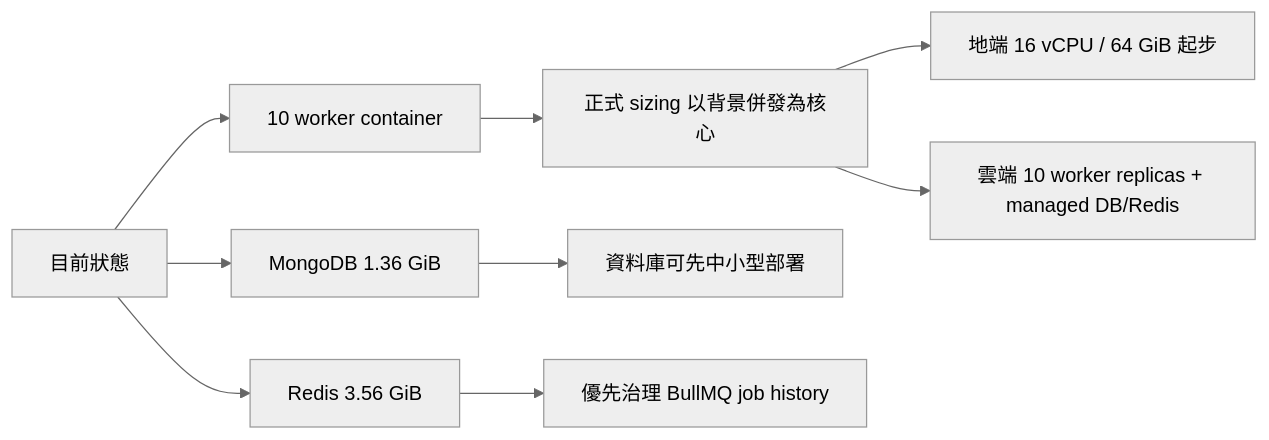
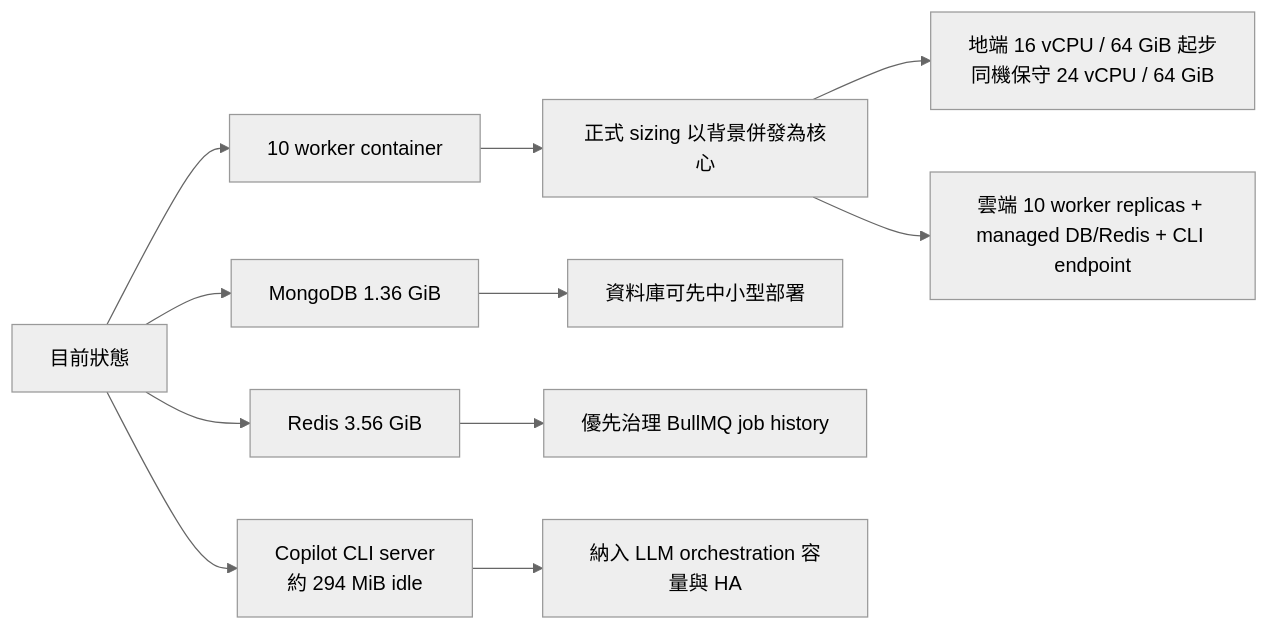
One commit to chunkai1312/temp changed the first of 17 diagrams in production-resource-architecture-proposal.md. Above: the diagram before and after it, drawn with Mermaid (neutral theme). The commit also changed other lines of this file, not shown here.

````diff
--- a/production-resource-architecture-proposal.md
+++ b/production-resource-architecture-proposal.md
@@ -37,11 +39,13 @@
 ```mermaid
 flowchart LR
   A["目前狀態"] --> B["10 worker container"]
   A --> C["MongoDB 1.36 GiB"]
   A --> D["Redis 3.56 GiB"]
+  A --> J["Copilot CLI server\n約 294 MiB idle"]
   B --> E["正式 sizing 以背景併發為核心"]
   C --> F["資料庫可先中小型部署"]
   D --> G["優先治理 BullMQ job history"]
-  E --> H["地端 16 vCPU / 64 GiB 起步"]
-  E --> I["雲端 10 worker replicas + managed DB/Redis"]
+  J --> K["納入 LLM orchestration 容量與 HA"]
+  E --> H["地端 16 vCPU / 64 GiB 起步\n同機保守 24 vCPU / 64 GiB"]
+  E --> I["雲端 10 worker replicas + managed DB/Redis + CLI endpoint"]
 ```
````
